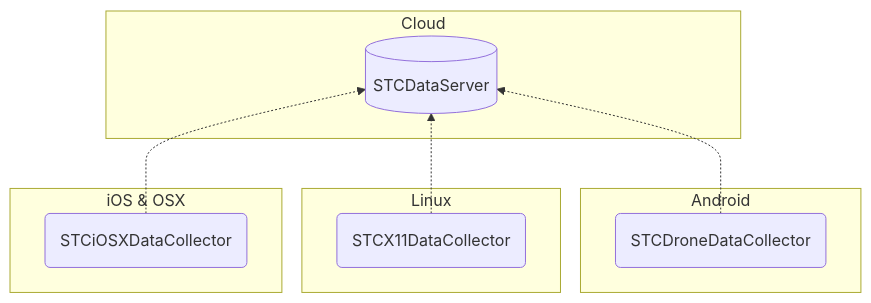
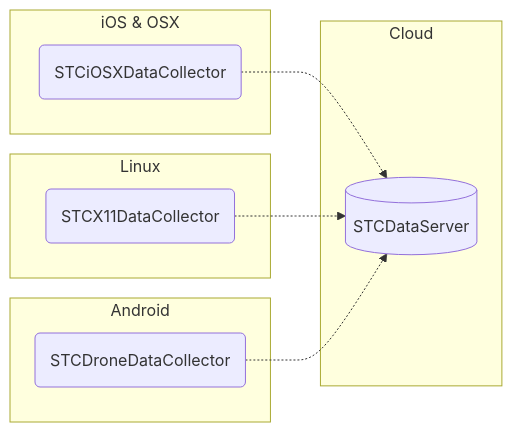
Before and after one commit to STCData/.github: the diagram in profile/README.md, drawn with Mermaid.

````diff
--- a/profile/README.md
+++ b/profile/README.md
@@ -2,21 +2,21 @@
 ```mermaid
-flowchart BT
+flowchart LR
   subgraph iOS & OSX
     c1(STCiOSXDataCollector)
     click c1 href "https://github.com/STCData/STCiOSXDataCollector"
   end
   
   subgraph Linux
     c2(STCX11DataCollector)
     click c2 href "https://github.com/STCData/STCX11DataCollector"
   end
   subgraph Android 
     c3(STCDroneDataCollector)
     click c3 href "https://github.com/STCData/STCDroneDataCollector"
   end
   subgraph Cloud
     s[(STCDataServer)]
     click s href "https://github.com/STCData/STCDataServer"
   end
     c1 & c2 & c3 -.-> s
 ```
````
